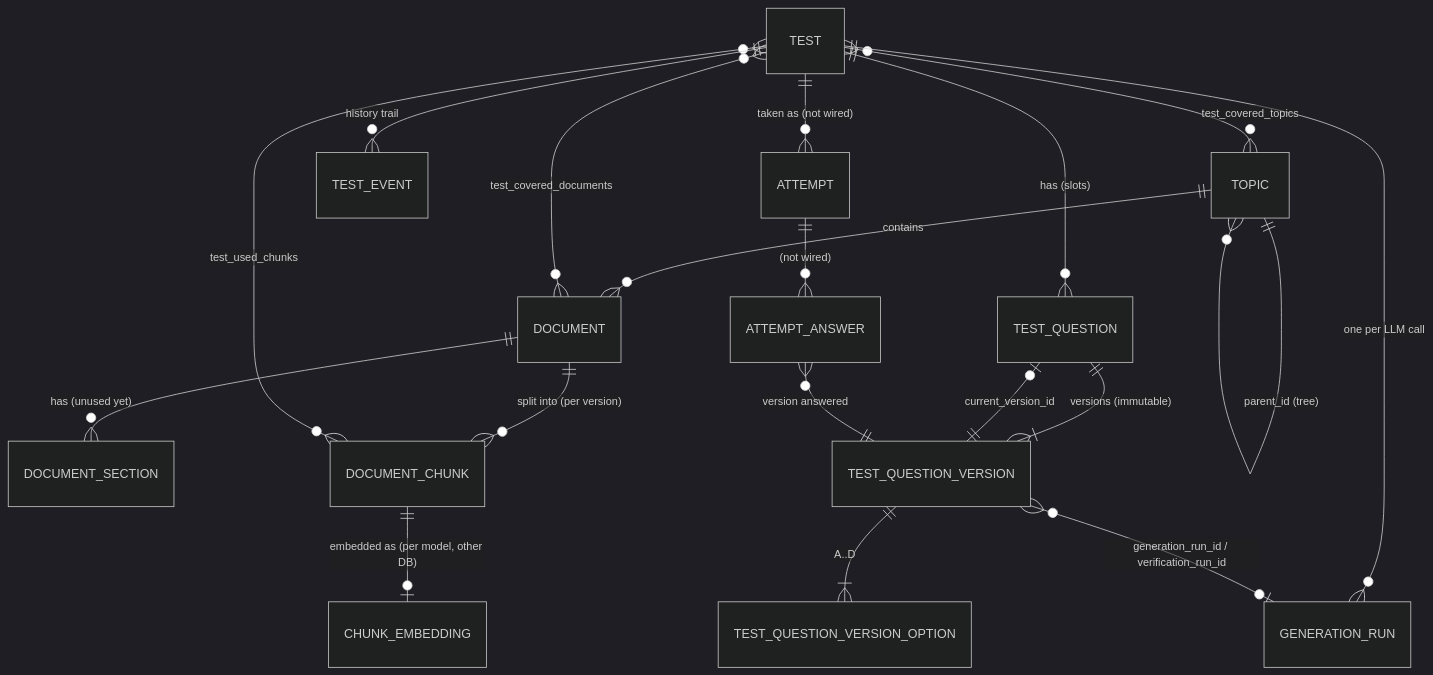
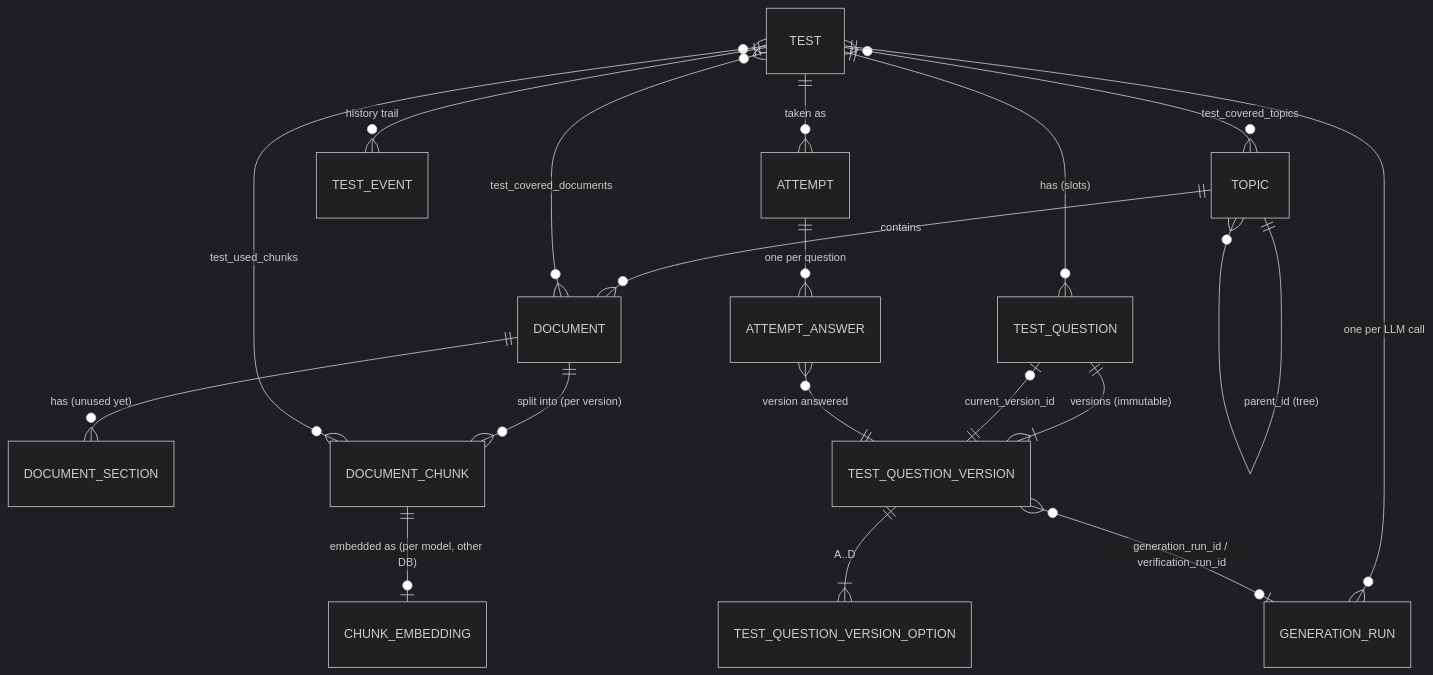
The second of 5 diagrams in docs/architecture/03-domain-model.md (irina981/know-gauge), drawn with Mermaid (dark theme) before and after one commit. The commit also changed other lines of this file and 24 other files, not shown here.

````diff
--- a/docs/architecture/03-domain-model.md
+++ b/docs/architecture/03-domain-model.md
@@ -37,21 +37,21 @@
 ```mermaid
 erDiagram
     TOPIC ||--o{ TOPIC : "parent_id (tree)"
     TOPIC ||--o{ DOCUMENT : contains
     DOCUMENT ||--o{ DOCUMENT_SECTION : "has (unused yet)"
     DOCUMENT ||--o{ DOCUMENT_CHUNK : "split into (per version)"
     DOCUMENT_CHUNK ||--o| CHUNK_EMBEDDING : "embedded as (per model, other DB)"
     TEST }o--o{ TOPIC : "test_covered_topics"
     TEST }o--o{ DOCUMENT : "test_covered_documents"
     TEST }o--o{ DOCUMENT_CHUNK : "test_used_chunks"
     TEST ||--o{ TEST_QUESTION : "has (slots)"
     TEST_QUESTION ||--|{ TEST_QUESTION_VERSION : "versions (immutable)"
     TEST_QUESTION |o--|| TEST_QUESTION_VERSION : "current_version_id"
     TEST_QUESTION_VERSION ||--|{ TEST_QUESTION_VERSION_OPTION : "A..D"
     TEST ||--o{ GENERATION_RUN : "one per LLM call"
     TEST_QUESTION_VERSION }o--o| GENERATION_RUN : "generation_run_id / verification_run_id"
     TEST ||--o{ TEST_EVENT : "history trail"
-    TEST ||--o{ ATTEMPT : "taken as (not wired)"
-    ATTEMPT ||--o{ ATTEMPT_ANSWER : "(not wired)"
+    TEST ||--o{ ATTEMPT : "taken as"
+    ATTEMPT ||--o{ ATTEMPT_ANSWER : "one per question"
     ATTEMPT_ANSWER }o--|| TEST_QUESTION_VERSION : "version answered"
 ```
````
